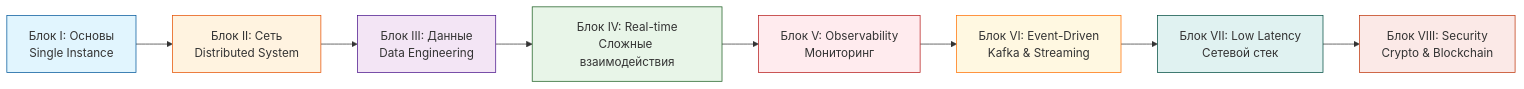
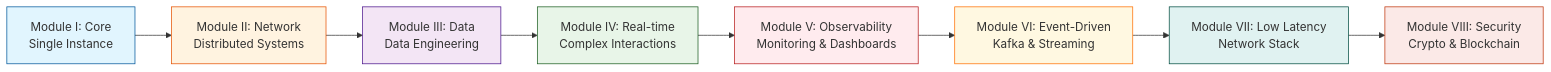
The diagram in README.md (andreyDanilenko/highload-architecture-lab), drawn with Mermaid before and after one commit. The commit also changed other lines of this file, not shown here.

````diff
--- a/README.md
+++ b/README.md
@@ -29,19 +33,19 @@
 ```mermaid
 graph LR
-    A[Блок I: Основы<br/>Single Instance] --> B[Блок II: Сеть<br/>Distributed System]
-    B --> C[Блок III: Данные<br/>Data Engineering]
-    C --> D[Блок IV: Real-time<br/>Сложные взаимодействия]
-    D --> E[Блок V: Observability<br/>Мониторинг]
-    E --> F[Блок VI: Event-Driven<br/>Kafka & Streaming]
-    F --> G[Блок VII: Low Latency<br/>Сетевой стек]
-    G --> H[Блок VIII: Security<br/>Crypto & Blockchain]
+    A[Module I: Core<br/>Single Instance] --> B[Module II: Network<br/>Distributed Systems]
+    B --> C[Module III: Data<br/>Data Engineering]
+    C --> D[Module IV: Real-time<br/>Complex Interactions]
+    D --> E[Module V: Observability<br/>Monitoring & Dashboards]
+    E --> F[Module VI: Event-Driven<br/>Kafka & Streaming]
+    F --> G[Module VII: Low Latency<br/>Network Stack]
+    G --> H[Module VIII: Security<br/>Crypto & Blockchain]
     
     style A fill:#e1f5fe,stroke:#01579b
     style B fill:#fff3e0,stroke:#e65100
     style C fill:#f3e5f5,stroke:#4a148c
     style D fill:#e8f5e8,stroke:#1b5e20
     style E fill:#ffebee,stroke:#b71c1c
     style F fill:#fff8e1,stroke:#ff6f00
     style G fill:#e0f2f1,stroke:#004d40
     style H fill:#fbe9e7,stroke:#bf360c
 ```
````
